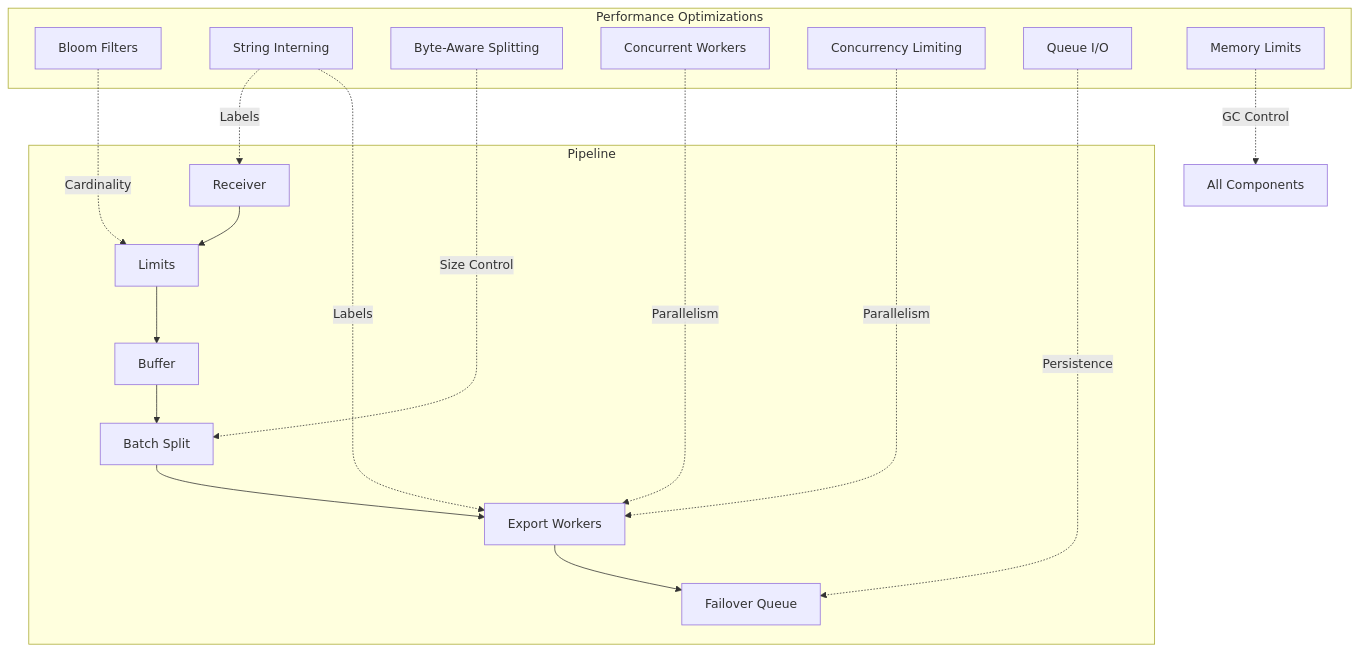
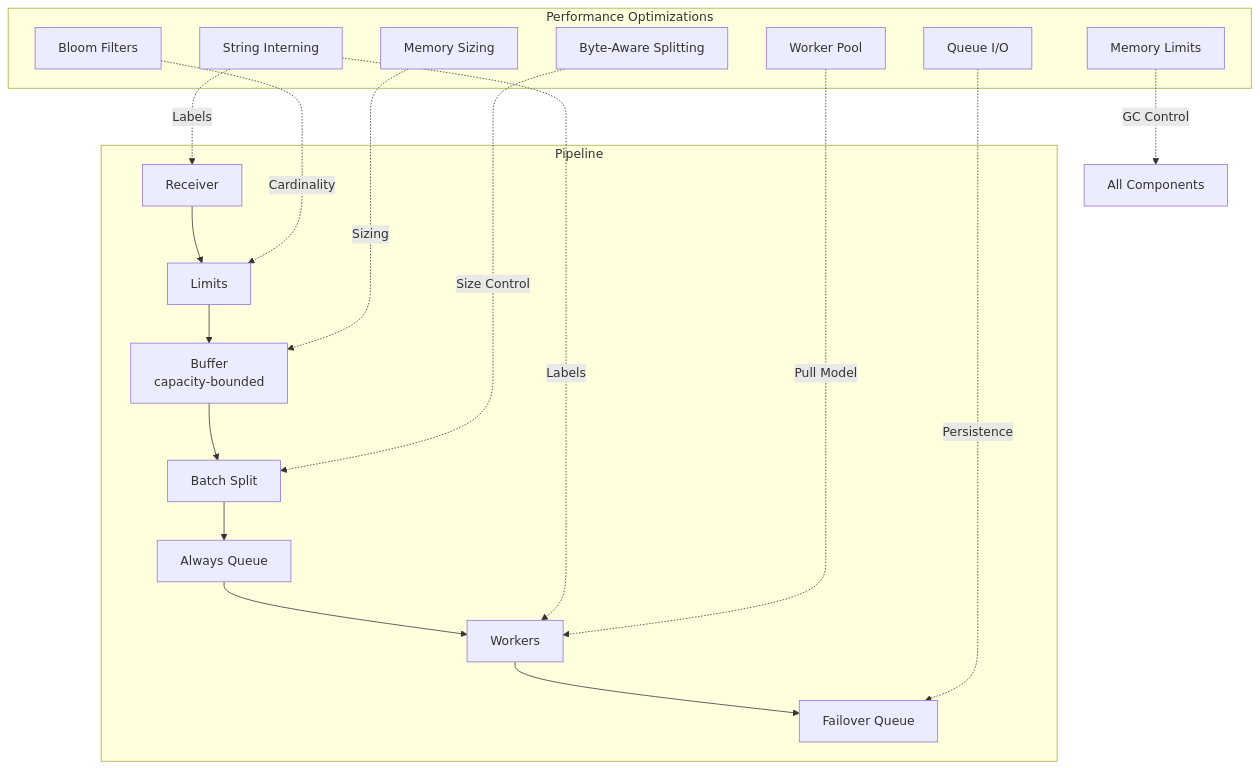
One commit to szibis/metrics-governor changed the first of 11 diagrams in docs/performance.md. Above: the diagram before and after it, drawn with Mermaid. The commit also changed other lines of this file and 41 other files, not shown here.

````diff
--- a/docs/performance.md
+++ b/docs/performance.md
@@ -24,29 +24,30 @@
 ```mermaid
 graph TB
     subgraph "Performance Optimizations"
         BF[Bloom Filters]
         SI[String Interning]
         BS[Byte-Aware Splitting]
-        CW[Concurrent Workers]
-        CL[Concurrency Limiting]
+        WP[Worker Pool]
+        MS[Memory Sizing]
         QIO[Queue I/O]
         ML[Memory Limits]
     end
 
     subgraph "Pipeline"
         RX[Receiver] --> LIM[Limits]
-        LIM --> BUF[Buffer]
+        LIM --> BUF[Buffer\ncapacity-bounded]
         BUF --> SPLIT[Batch Split]
-        SPLIT --> EXP[Export Workers]
-        EXP --> FQ[Failover Queue]
+        SPLIT --> Q[Always Queue]
+        Q --> WRK[Workers]
+        WRK --> FQ[Failover Queue]
     end
 
     BF -.->|Cardinality| LIM
     SI -.->|Labels| RX
-    SI -.->|Labels| EXP
+    SI -.->|Labels| WRK
     BS -.->|Size Control| SPLIT
-    CW -.->|Parallelism| EXP
-    CL -.->|Parallelism| EXP
+    WP -.->|Pull Model| WRK
+    MS -.->|Sizing| BUF
     QIO -.->|Persistence| FQ
     ML -.->|GC Control| ALL[All Components]
 ```
````
